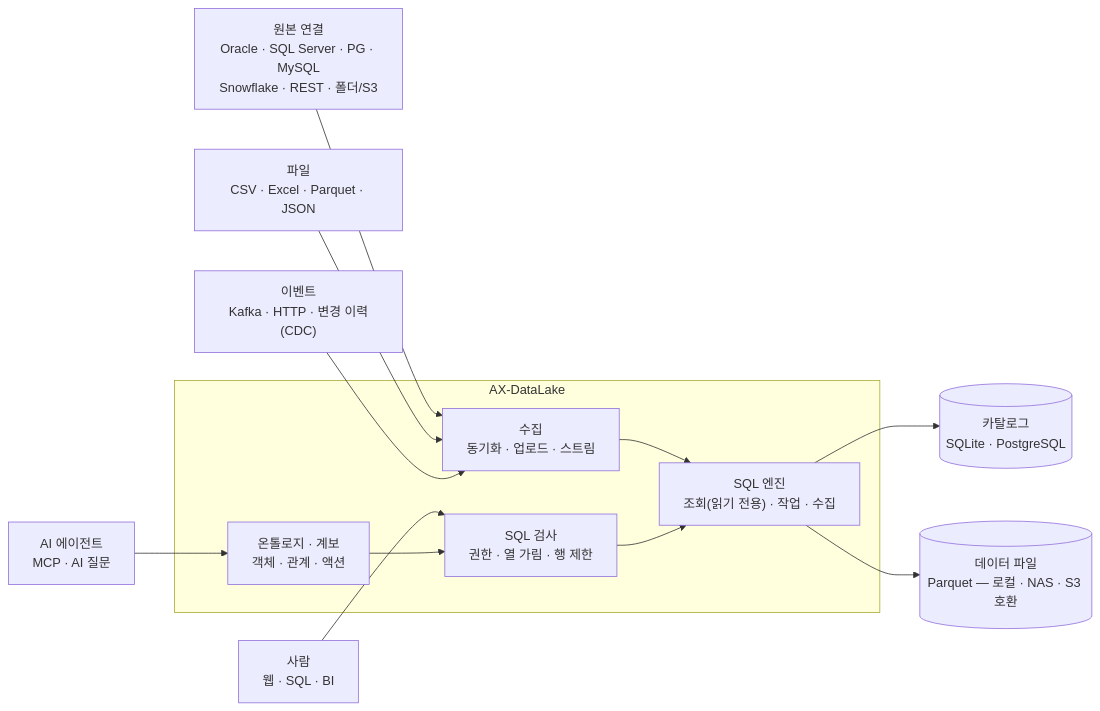
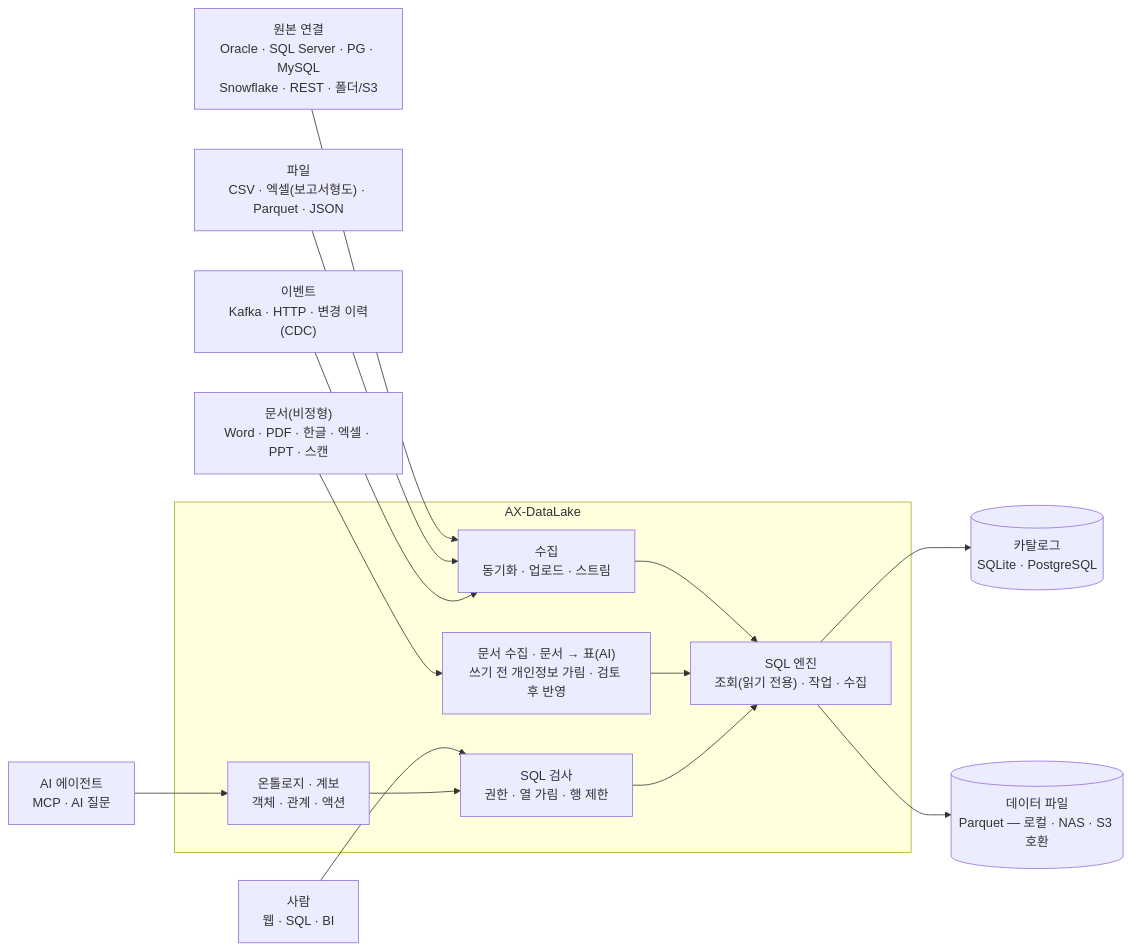
One commit to Malburi/hnix-ax-site changed the diagram in datalake/README.md. Above: the diagram before and after it, drawn with Mermaid. The commit also changed other lines of this file and 10 other files, not shown here.

````diff
--- a/datalake/README.md
+++ b/datalake/README.md
@@ -24,26 +24,30 @@
 ```mermaid
 flowchart LR
     SRC["원본 연결<br/>Oracle · SQL Server · PG · MySQL<br/>Snowflake · REST · 폴더/S3"]
-    FILE["파일<br/>CSV · Excel · Parquet · JSON"]
+    FILE["파일<br/>CSV · 엑셀(보고서형도) · Parquet · JSON"]
+    DOC["문서(비정형)<br/>Word · PDF · 한글 · 엑셀 · PPT · 스캔"]
     EVT["이벤트<br/>Kafka · HTTP · 변경 이력(CDC)"]
     subgraph LAKE["AX-DataLake"]
         ING["수집<br/>동기화 · 업로드 · 스트림"]
+        DOCS["문서 수집 · 문서 → 표(AI)<br/>쓰기 전 개인정보 가림 · 검토 후 반영"]
         GOV["SQL 검사<br/>권한 · 열 가림 · 행 제한"]
         ONT["온톨로지 · 계보<br/>객체 · 관계 · 액션"]
         ENG["SQL 엔진<br/>조회(읽기 전용) · 작업 · 수집"]
     end
     CAT[("카탈로그<br/>SQLite · PostgreSQL")]
     DATA[("데이터 파일<br/>Parquet — 로컬 · NAS · S3 호환")]
     USR["사람<br/>웹 · SQL · BI"]
     AGT["AI 에이전트<br/>MCP · AI 질문"]
     SRC --> ING
     FILE --> ING
     EVT --> ING
+    DOC --> DOCS
     ING --> ENG
+    DOCS --> ENG
     USR --> GOV
     AGT --> ONT
     ONT --> GOV
     GOV --> ENG
     ENG --> CAT
     ENG --> DATA
 ```
````
